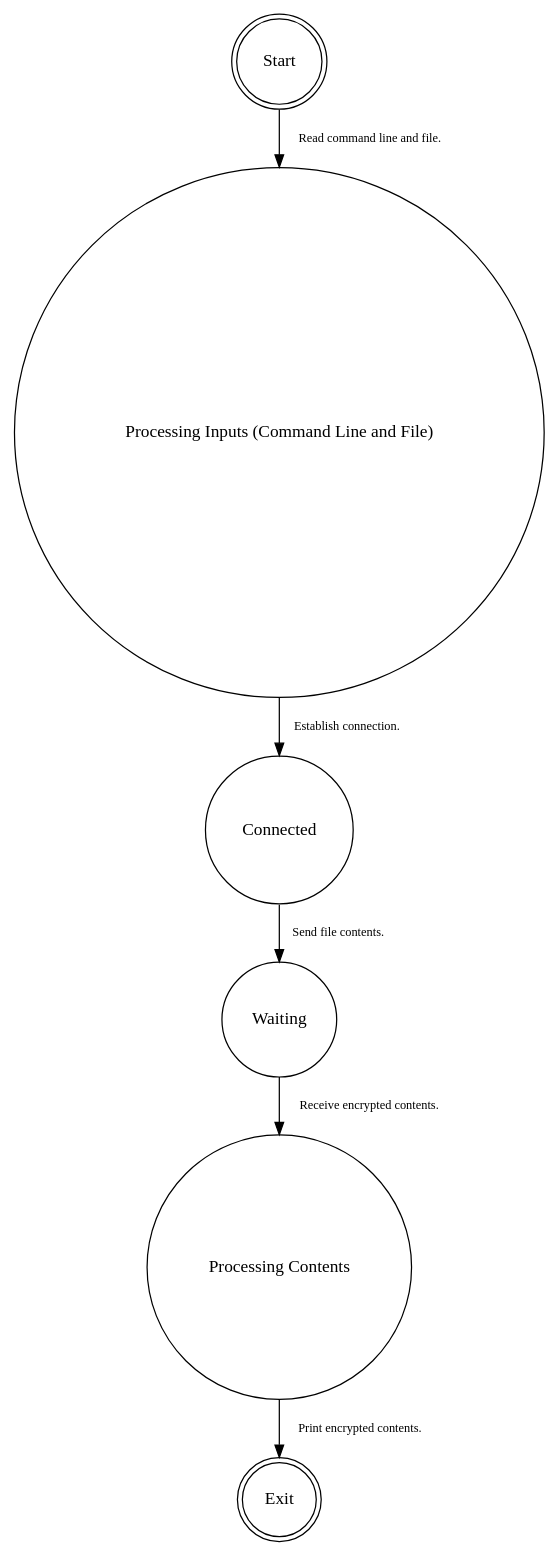
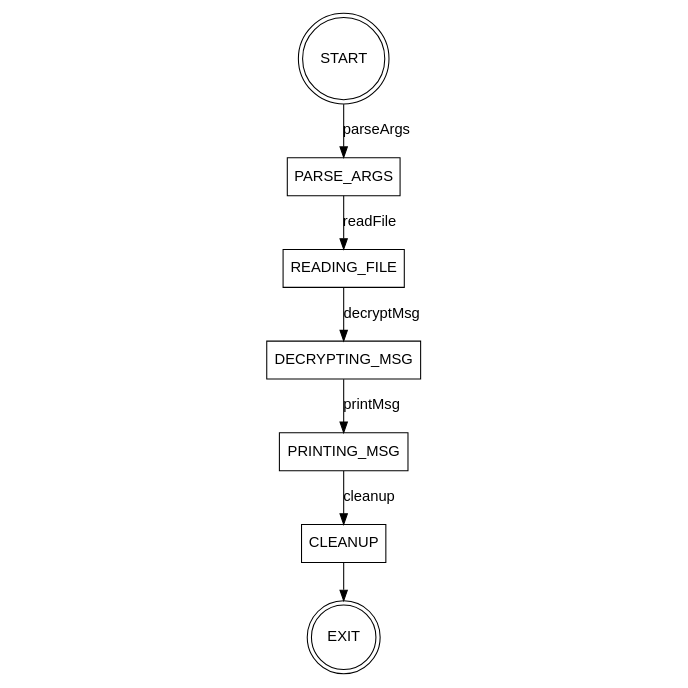
The diagram in report/stateclient.gv (VeryVerySpicy/7005-NetworkSocketsHI), drawn with Graphviz before and after one commit. The commit also changed 18 other files, not shown here.

```diff
--- a/report/stateclient.gv
+++ b/report/stateclient.gv
@@ -1,15 +1,16 @@
-digraph {
-    	node [shape=circle];
-edge [fontsize=10];
-A [label="Start", shape=doublecircle];
-B [label="Processing Inputs (Command Line and File)", shape=circle];
-C [label="Connected", shape=circle];
-D [label="Waiting", shape=circle];
-E [label="Processing Contents", shape=circle];
-F [label="Exit", shape=doublecircle];
-A -> B [label="Read command line and file."];
-B -> C [label="Establish connection."];
-C -> D [label="Send file contents."];
-D -> E [label="Receive encrypted contents."];
-E -> F [label="Print encrypted contents."];
+digraph finite_state_machine {
+    fontname="Helvetica,Arial,sans-serif"
+    node [fontname="Helvetica,Arial,sans-serif"]
+    edge [fontname="Helvetica,Arial,sans-serif"]
+    rankdir=TB;
+    size="7.5,7.5";
+    ratio="fill";
+    node [shape = doublecircle]; START, EXIT;
+    node [shape = box];
+START -> PARSE_ARGS [label = "parseArgs"];
+PARSE_ARGS -> READING_FILE [label = "readFile"];
+READING_FILE -> DECRYPTING_MSG [label = "decryptMsg"];
+DECRYPTING_MSG -> PRINTING_MSG [label = "printMsg"];
+PRINTING_MSG -> CLEANUP [label = "cleanup"];
+CLEANUP -> EXIT;
 }
```
